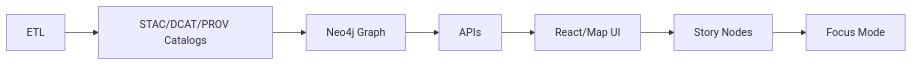
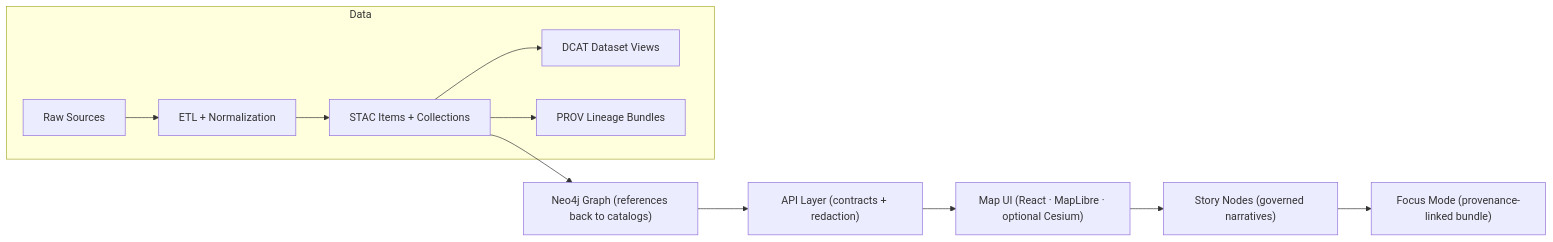
The first of 2 diagrams in data/README.md (bartytime4life/Kansas-Frontier-Matrix), drawn with Mermaid before and after one commit. The commit also changed other lines of this file, not shown here.

```diff
--- a/data/README.md
+++ b/data/README.md
@@ -285,9 +297,15 @@
 ~~~mermaid
 flowchart LR
-  A[ETL] --> B[STAC/DCAT/PROV Catalogs]
-  B --> C[Neo4j Graph]
-  C --> D[APIs]
-  D --> E[React/Map UI]
-  E --> F[Story Nodes]
-  F --> G[Focus Mode]
+  subgraph Data
+    A["Raw Sources"] --> B["ETL + Normalization"]
+    B --> C["STAC Items + Collections"]
+    C --> D["DCAT Dataset Views"]
+    C --> E["PROV Lineage Bundles"]
+  end
+
+  C --> G["Neo4j Graph (references back to catalogs)"]
+  G --> H["API Layer (contracts + redaction)"]
+  H --> I["Map UI (React · MapLibre · optional Cesium)"]
+  I --> J["Story Nodes (governed narratives)"]
+  J --> K["Focus Mode (provenance-linked bundle)"]
 ~~~
```
